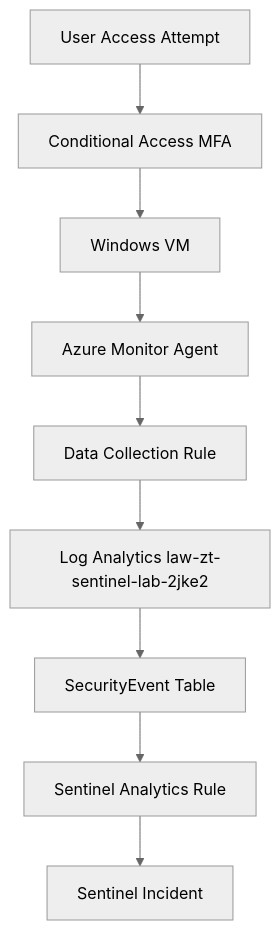
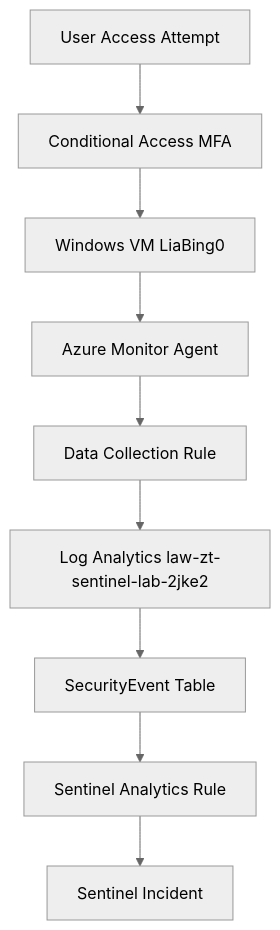
The diagram in docs/architecture.md (Lia-Bing0/azure-defender-sentinel-detection-lab), drawn with Mermaid (neutral theme) before and after one commit.

Commit message:
docs: update documentation and fix minor issues

````diff
--- a/docs/architecture.md
+++ b/docs/architecture.md
@@ -25,11 +25,11 @@
 ```mermaid
 flowchart TD
     U[User Access Attempt] --> CA[Conditional Access MFA]
-    CA --> VM[Windows VM <LiaBing0>]
+    CA --> VM[Windows VM LiaBing0]
     VM --> AMA[Azure Monitor Agent]
     AMA --> DCR[Data Collection Rule]
     DCR --> LAW[Log Analytics law-zt-sentinel-lab-2jke2]
     LAW --> SE[SecurityEvent Table]
     SE --> AR[Sentinel Analytics Rule]
     AR --> INC[Sentinel Incident]
 ```
````
